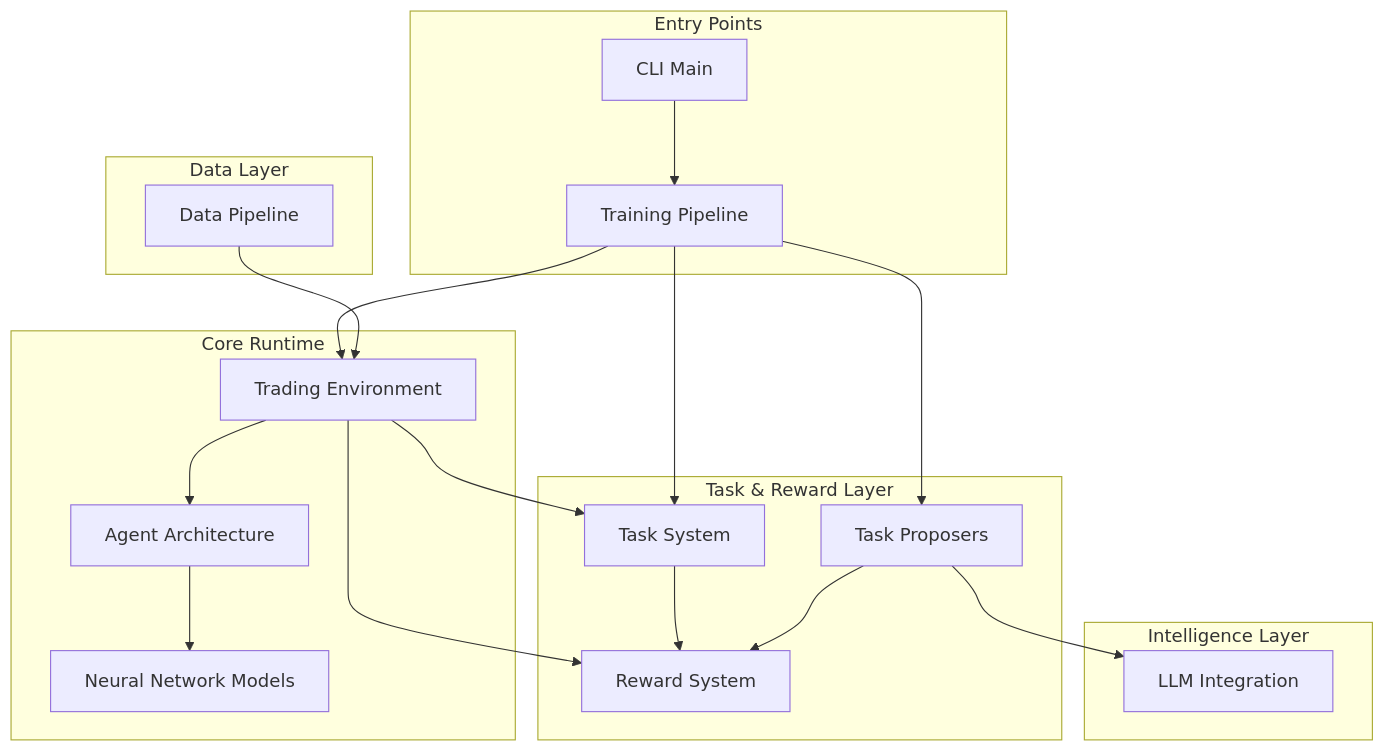
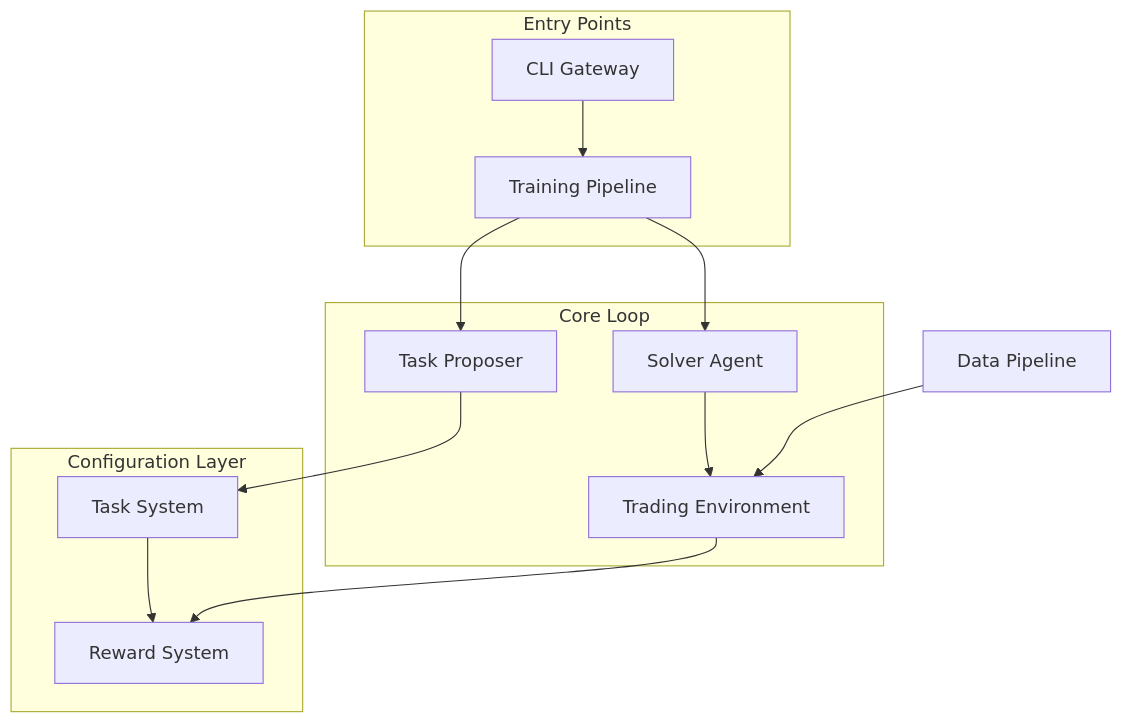
Before and after one commit to ieverythng/itrader-azr: the diagram in docs/knowledge/wiki/overview.md, drawn with Mermaid. The commit also changed other lines of this file and 55 other files, not shown here.

````diff
--- a/docs/knowledge/wiki/overview.md
+++ b/docs/knowledge/wiki/overview.md
@@ -21,43 +18,29 @@
 ```mermaid
 flowchart TB
     subgraph Entry["Entry Points"]
-        CLI[CLI Main]
+        CLI[CLI Gateway]
         TRAIN[Training Pipeline]
     end
 
-    subgraph Core["Core Runtime"]
+    subgraph Core["Core Loop"]
+        PROPOSER[Task Proposer]
+        SOLVER[Solver Agent]
         ENV[Trading Environment]
-        AGENT[Agent Architecture]
-        MODELS[Neural Network Models]
     end
 
-    subgraph TaskLayer["Task & Reward Layer"]
+    subgraph Config["Configuration Layer"]
         TASKS[Task System]
         REWARDS[Reward System]
-        PROPOSERS[Task Proposers]
     end
 
-    subgraph Intelligence["Intelligence Layer"]
-        LLM[LLM Integration]
-    end
-
-    subgraph Data["Data Layer"]
-        DATA[Data Pipeline]
-    end
+    DATA[Data Pipeline]
 
     CLI --> TRAIN
-    TRAIN --> ENV
-    TRAIN --> TASKS
-    TRAIN --> PROPOSERS
-
-    ENV --> TASKS
+    TRAIN --> PROPOSER
+    TRAIN --> SOLVER
+    PROPOSER --> TASKS
+    TASKS --> REWARDS
+    SOLVER --> ENV
     ENV --> REWARDS
-    ENV --> AGENT
-    AGENT --> MODELS
-
-    TASKS --> REWARDS
-    PROPOSERS --> REWARDS
-    PROPOSERS --> LLM
-
     DATA --> ENV
 ```
````
